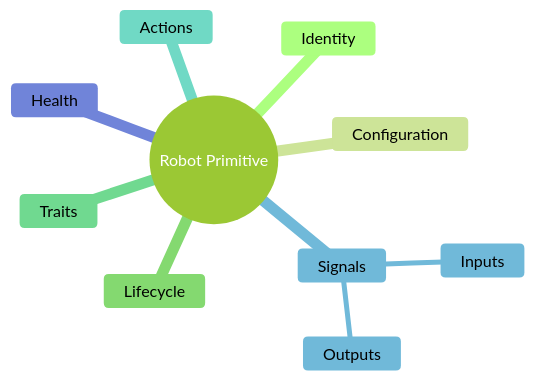
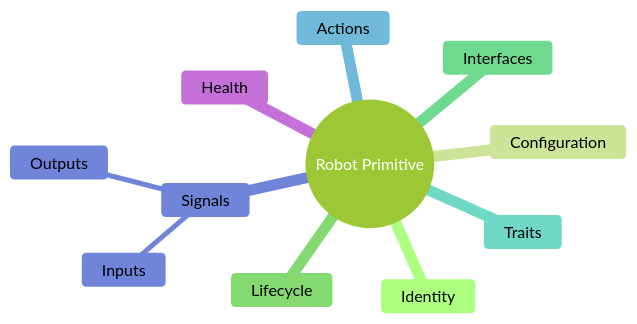
Before and after one commit to ROSMicroPy/RobotPrimitivesStack: the eighth of 16 diagrams in README.md, drawn with Mermaid (forest theme). The commit also changed other lines of this file, not shown here.

Commit message:
Expand primitive services architecture

````diff
--- a/README.md
+++ b/README.md
@@ -292,13 +680,14 @@
 ```mermaid
 mindmap
   root((Robot Primitive))
     Identity
     Configuration
     Lifecycle
+    Interfaces
     Traits
     Actions
     Signals
       Inputs
       Outputs
     Health
 ```
````
